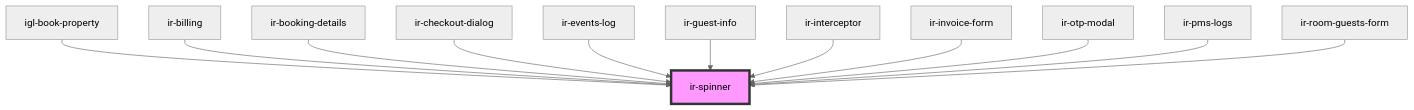
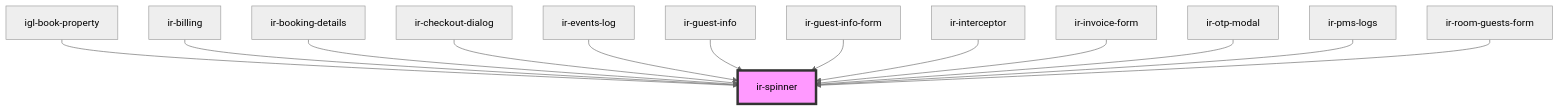
The diagram in src/components/ui/ir-spinner/readme.md (David1Chowaifaty/modified-ir-webcmp), drawn with Mermaid (neutral theme) before and after one commit. The commit also changed other lines of this file and 41 other files, not shown here.

````diff
--- a/src/components/ui/ir-spinner/readme.md
+++ b/src/components/ui/ir-spinner/readme.md
@@ -35,15 +36,16 @@
 ```mermaid
 graph TD;
   igl-book-property --> ir-spinner
   ir-billing --> ir-spinner
   ir-booking-details --> ir-spinner
   ir-checkout-dialog --> ir-spinner
   ir-events-log --> ir-spinner
   ir-guest-info --> ir-spinner
+  ir-guest-info-form --> ir-spinner
   ir-interceptor --> ir-spinner
   ir-invoice-form --> ir-spinner
   ir-otp-modal --> ir-spinner
   ir-pms-logs --> ir-spinner
   ir-room-guests-form --> ir-spinner
   style ir-spinner fill:#f9f,stroke:#333,stroke-width:4px
 ```
````
